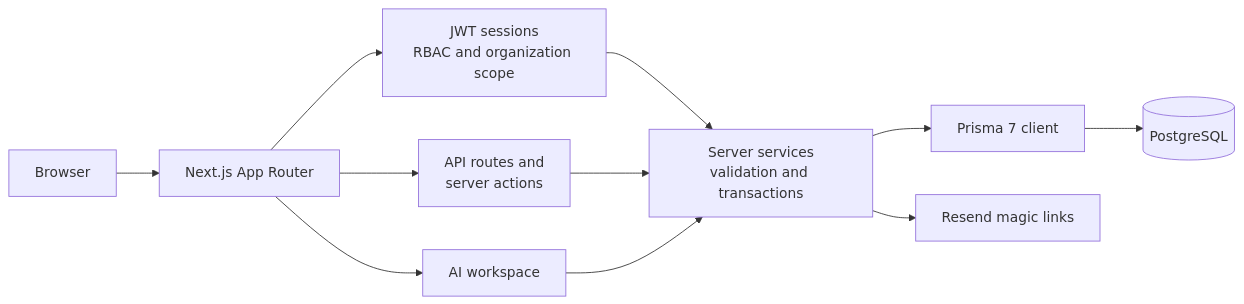
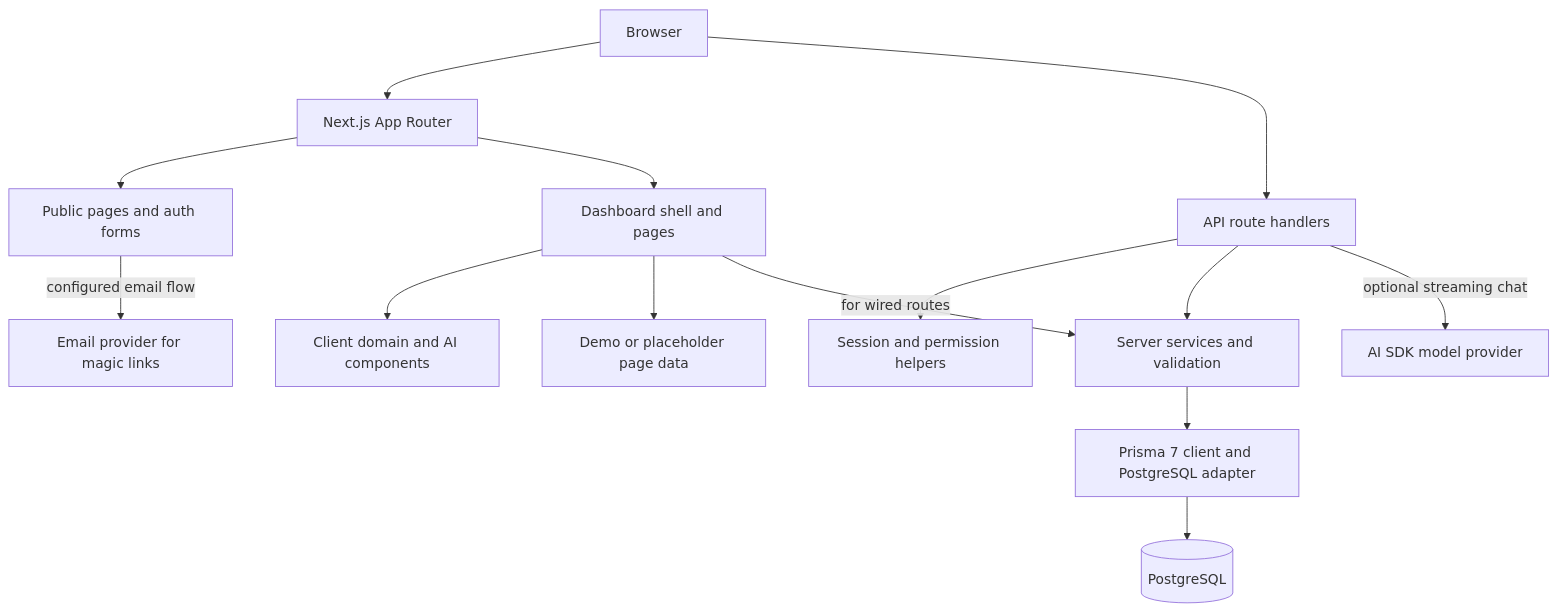
One commit to kk666679/Franchise-Management changed the first of 3 diagrams in README.md. Above: the diagram before and after it, drawn with Mermaid. The commit also changed other lines of this file and 19 other files, not shown here.

````diff
--- a/README.md
+++ b/README.md
@@ -41,23 +86,30 @@
 ```mermaid
-flowchart LR
+flowchart TD
     Browser[Browser]
-    App[Next.js App Router]
-    Auth[JWT sessions<br/>RBAC and organization scope]
-    Services[Server services<br/>validation and transactions]
-    API[API routes and<br/>server actions]
-    Prisma[Prisma 7 client]
+    Next[Next.js App Router]
+    Public[Public pages and auth forms]
+    Dashboard[Dashboard shell and pages]
+    ClientUI[Client domain and AI components]
+    Static[Demo or placeholder page data]
+    Routes[API route handlers]
+    Session[Session and permission helpers]
+    Services[Server services and validation]
+    Prisma[Prisma 7 client and PostgreSQL adapter]
     DB[(PostgreSQL)]
-    AI[AI workspace]
-    Email[Resend magic links]
+    AI[AI SDK model provider]
+    Email[Email provider for magic links]
 
-    Browser --> App
-    App --> Auth
-    App --> API
-    App --> AI
-    Auth --> Services
-    API --> Services
-    AI --> Services
+    Browser --> Next
+    Next --> Public
+    Next --> Dashboard
+    Dashboard --> ClientUI
+    Dashboard --> Static
+    Dashboard -->|for wired routes| Services
+    Browser --> Routes
+    Routes --> Session
+    Routes --> Services
     Services --> Prisma
     Prisma --> DB
-    Services --> Email
+    Routes -->|optional streaming chat| AI
+    Public -->|configured email flow| Email
 ```
````
